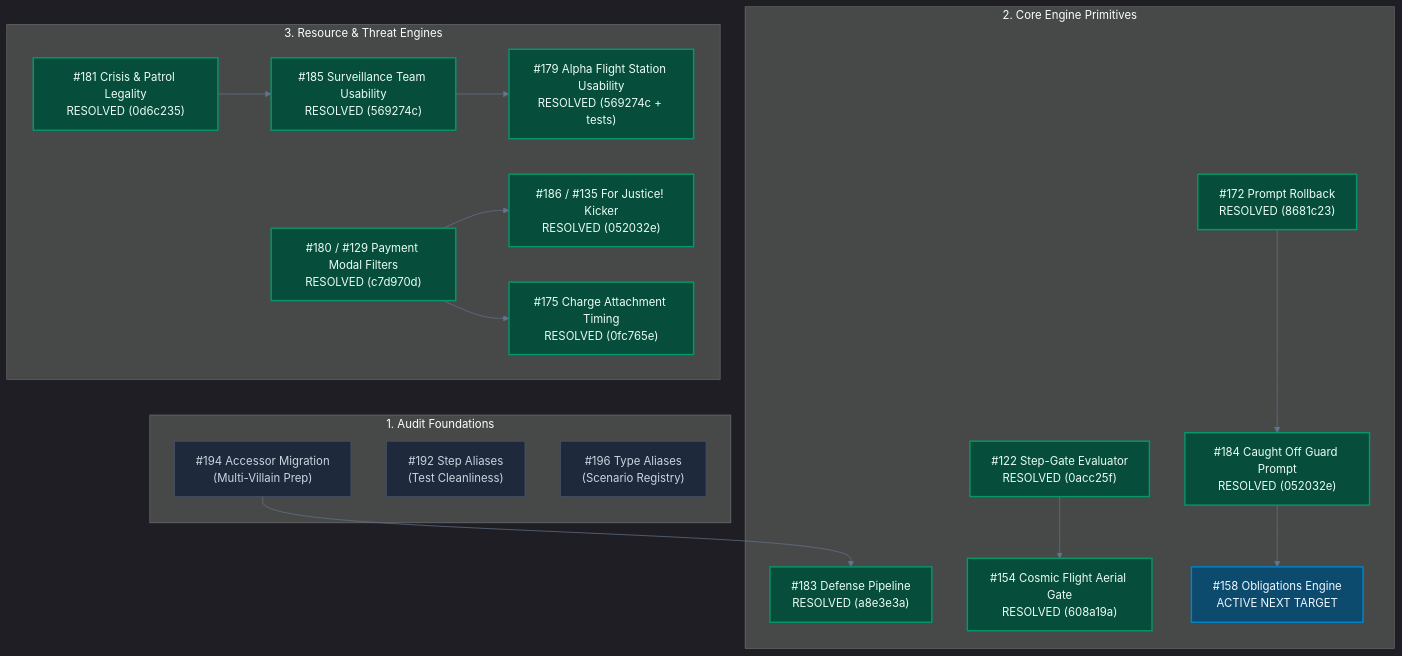
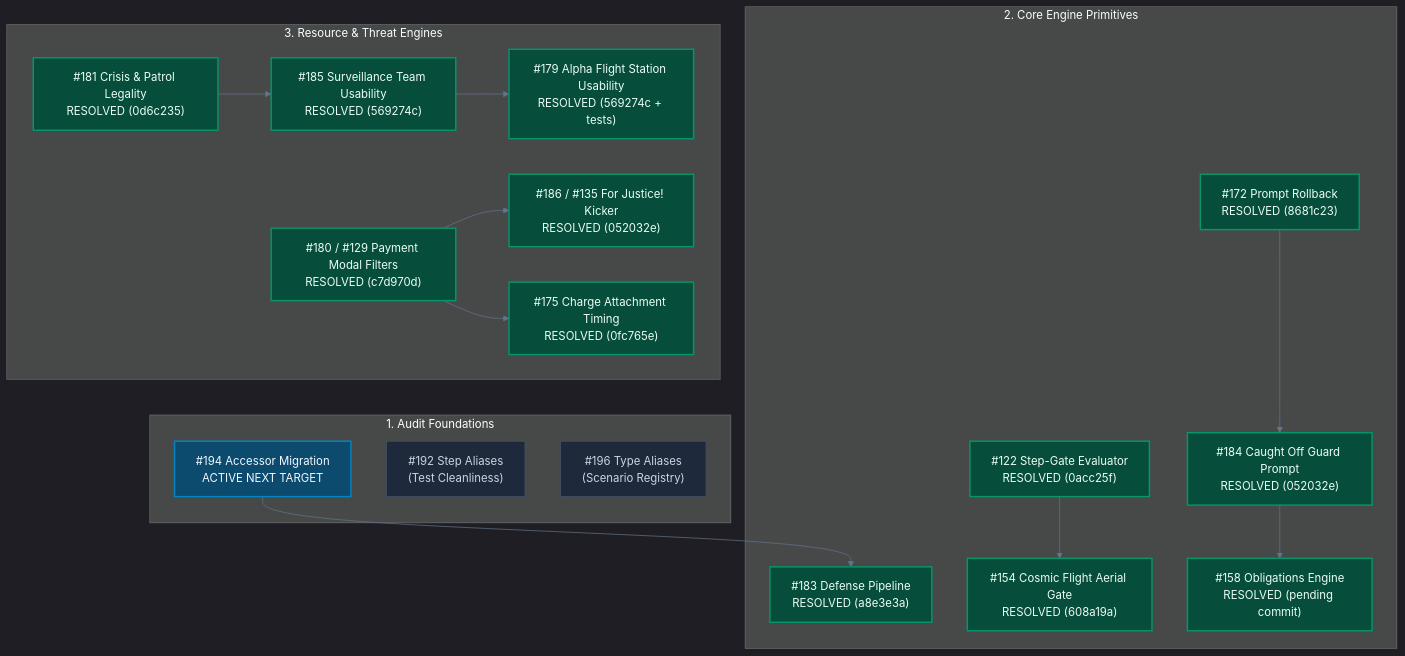
One commit to SteveRodrigue/MCD changed the diagram in docs/backlog/teamwork_status_and_next_target.md. Above: the diagram before and after it, drawn with Mermaid. The commit also changed other lines of this file and 13 other files, not shown here.

First line of the commit message:
feat(engine): Add tableau selector, ADD_ACCELERATION and last core obligations (Fixes #158)

````diff
--- a/docs/backlog/teamwork_status_and_next_target.md
+++ b/docs/backlog/teamwork_status_and_next_target.md
@@ -23,46 +23,46 @@
 ```mermaid
 %%{init: {'theme': 'dark', 'themeVariables': { 'darkMode': true, 'background': '#0b0f19', 'primaryColor': '#1e293b', 'primaryTextColor': '#f8fafc', 'primaryBorderColor': '#475569', 'lineColor': '#64748b', 'secondaryColor': '#0f172a', 'tertiaryColor': '#1e293b' }}}%%
 flowchart TD
     subgraph AuditFoundations["1. Audit Foundations"]
-        I194["#194 Accessor Migration<br/>(Multi-Villain Prep)"]
+        I194["#194 Accessor Migration<br/>ACTIVE NEXT TARGET"]
         I192["#192 Step Aliases<br/>(Test Cleanliness)"]
         I196["#196 Type Aliases<br/>(Scenario Registry)"]
     end
 
     subgraph CoreEngine["2. Core Engine Primitives"]
         I183["#183 Defense Pipeline<br/>RESOLVED (a8e3e3a)"]
         I172["#172 Prompt Rollback<br/>RESOLVED (8681c23)"]
         I184["#184 Caught Off Guard Prompt<br/>RESOLVED (052032e)"]
         I122["#122 Step-Gate Evaluator<br/>RESOLVED (0acc25f)"]
         I154["#154 Cosmic Flight Aerial Gate<br/>RESOLVED (608a19a)"]
-        I158["#158 Obligations Engine<br/>ACTIVE NEXT TARGET"]
+        I158["#158 Obligations Engine<br/>RESOLVED (pending commit)"]
     end
 
     subgraph ResourceThreat["3. Resource & Threat Engines"]
         I181["#181 Crisis & Patrol Legality<br/>RESOLVED (0d6c235)"]
         I186["#186 / #135 For Justice! Kicker<br/>RESOLVED (052032e)"]
         I180["#180 / #129 Payment Modal Filters<br/>RESOLVED (c7d970d)"]
         I185["#185 Surveillance Team Usability<br/>RESOLVED (569274c)"]
         I179["#179 Alpha Flight Station Usability<br/>RESOLVED (569274c + tests)"]
         I175["#175 Charge Attachment Timing<br/>RESOLVED (0fc765e)"]
     end
 
     %% Dependencies & Flows
     I194 --> I183
     I172 --> I184
     I184 --> I158
     I122 --> I154
     I181 --> I185
     I185 --> I179
     I180 --> I186
     I180 --> I175
 
     %% Dark Mode Styles
     classDef resolved fill:#064e3b,stroke:#059669,stroke-width:2px,color:#ecfdf5;
     classDef active fill:#0c4a6e,stroke:#0284c7,stroke-width:2px,color:#f0f9ff;
     classDef open fill:#1e293b,stroke:#475569,stroke-width:1px,color:#cbd5e1;
 
-    class I183,I172,I184,I181,I186,I185,I179,I180,I175,I122,I154 resolved;
-    class I158 active;
-    class I194,I192,I196 open;
+    class I183,I172,I184,I181,I186,I185,I179,I180,I175,I122,I154,I158 resolved;
+    class I194 active;
+    class I192,I196 open;
 ```
````
